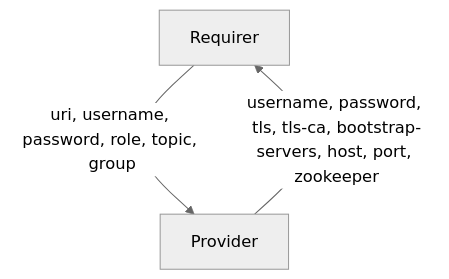
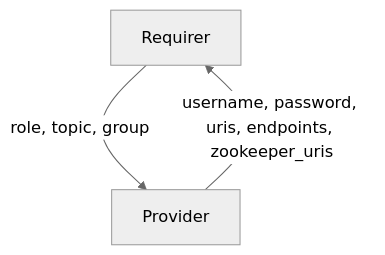
One commit to canonical/charm-relation-interfaces changed the diagram in kafka/README.md. Above: the diagram before and after it, drawn with Mermaid (neutral theme). The commit also changed other lines of this file and 2 other files, not shown here.

````diff
--- a/kafka/README.md
+++ b/kafka/README.md
@@ -13,5 +13,5 @@
 ```mermaid
 flowchart TD
-    Requirer -- uri, username, password, role, topic, group --> Provider
-    Provider -- username, password, tls, tls-ca, bootstrap-servers, host, port, zookeeper --> Requirer
+    Requirer -- role, topic, group --> Provider
+    Provider -- username, password, uris, endpoints, zookeeper_uris --> Requirer
 ```
````
